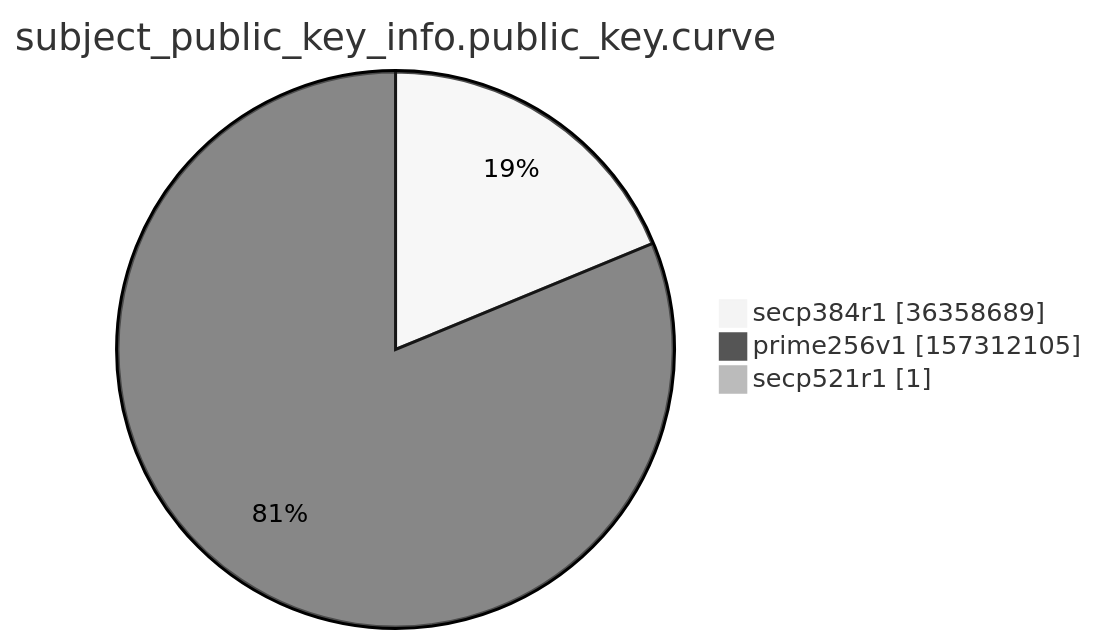
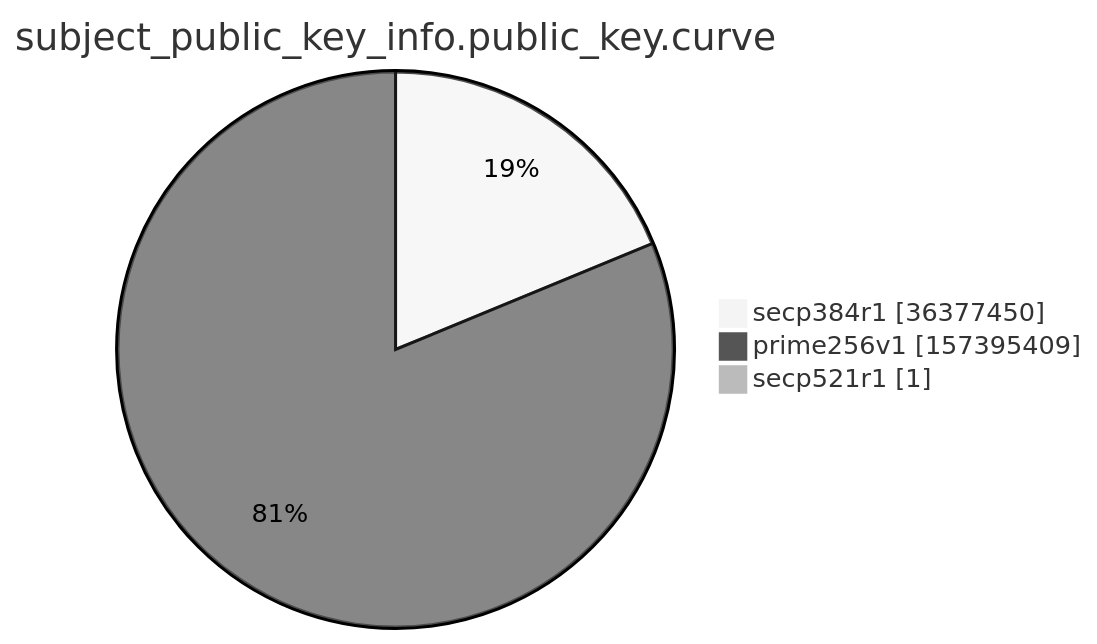
The ninth of 15 diagrams in argon2022/README.md (christiankrug/ctmonitor_visualization), drawn with Mermaid (neutral theme) before and after one commit. The commit also changed other lines of this file, not shown here.

````diff
--- a/argon2022/README.md
+++ b/argon2022/README.md
@@ -2766,7 +2766,7 @@
 ```mermaid
 pie showData
 title subject_public_key_info.public_key.curve
-"secp384r1" :36358689
-"prime256v1" :157312105
+"secp384r1" :36377450
+"prime256v1" :157395409
 "secp521r1" :1
 ```
````
